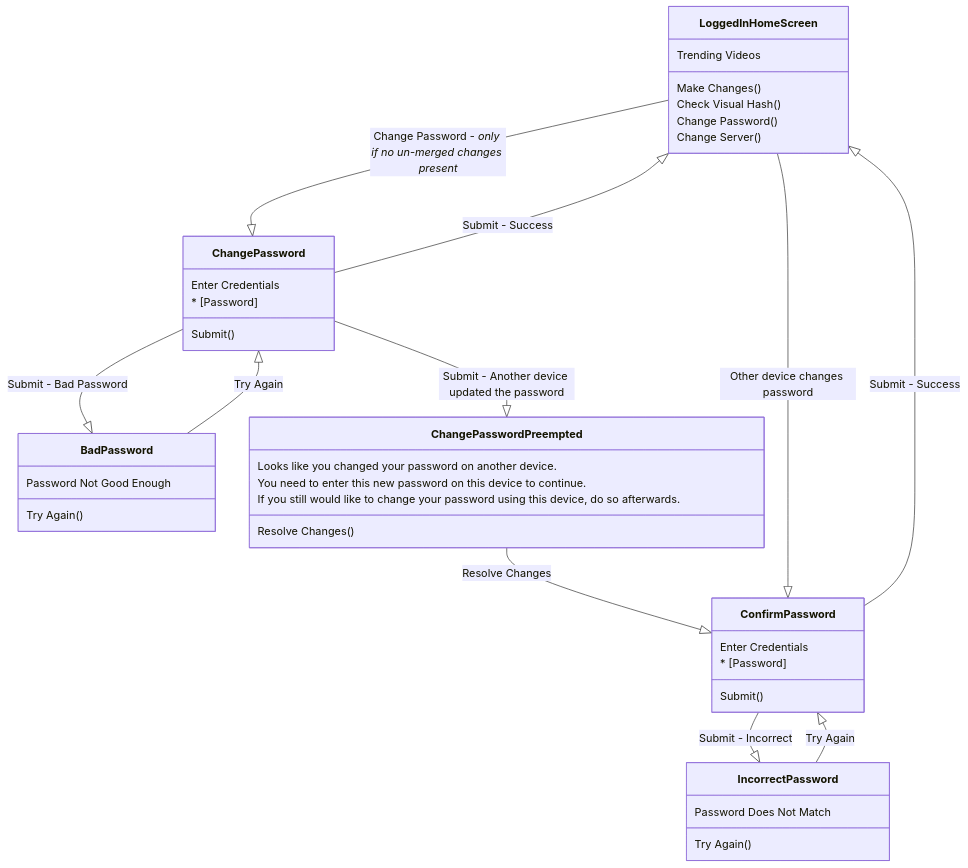
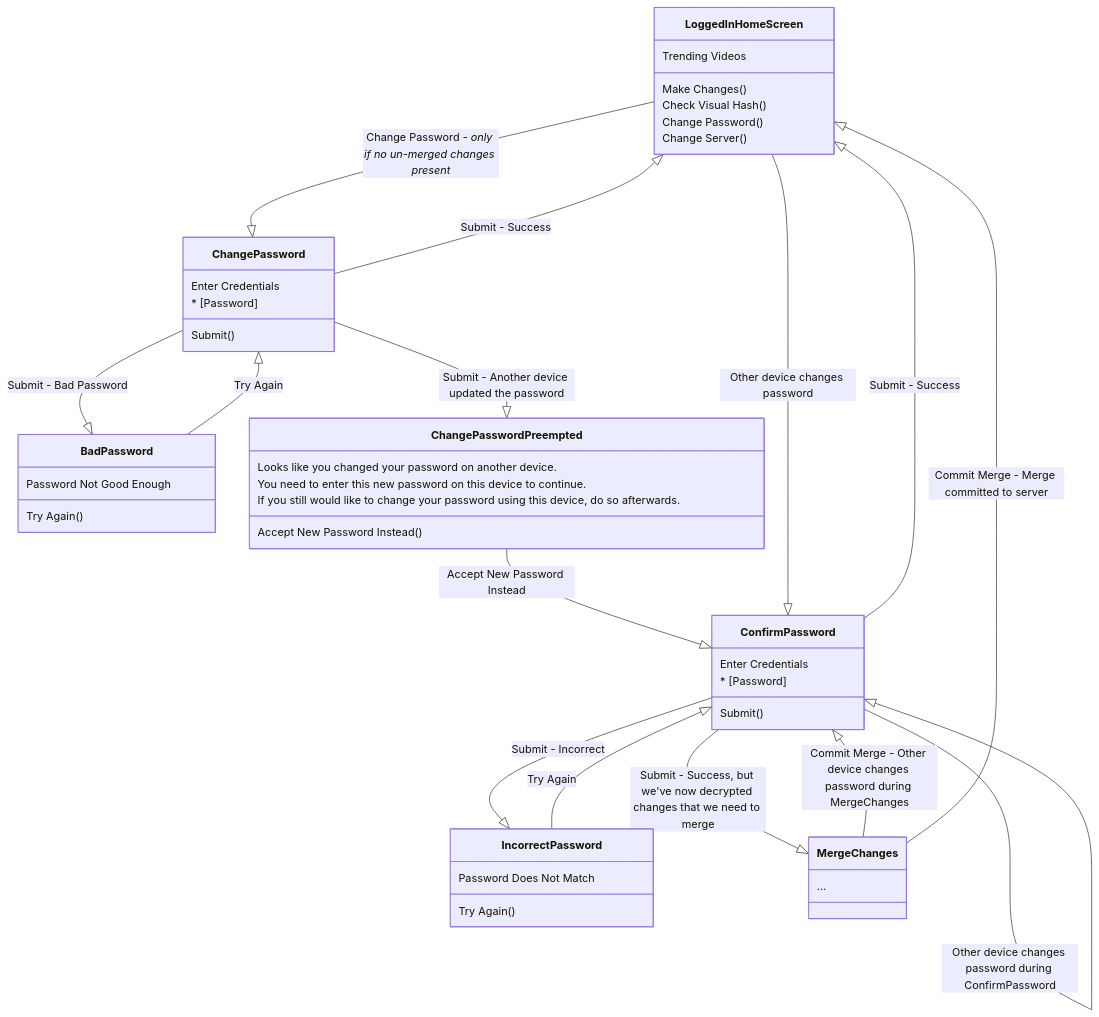
The fifth of 6 diagrams in spec/user-flows.md (orblivion/lbry-wallet-sync-draft), drawn with Mermaid before and after one commit. The commit also changed other lines of this file and 6 other files, not shown here.

Commit message:
User Flows - more complicated password change stuff

````diff
--- a/spec/user-flows.md
+++ b/spec/user-flows.md
@@ -192,41 +204,48 @@
 ```mermaid
 classDiagram
 
 LoggedInHomeScreen --|> ChangePassword : Change Password - *only if no un-merged changes present*
 ChangePassword --|> BadPassword : Submit - Bad Password
 ChangePassword --|> ChangePasswordPreempted : Submit - Another device updated the password
-ChangePasswordPreempted --|> ConfirmPassword : Resolve Changes
+ChangePasswordPreempted --|> ConfirmPassword : Accept New Password Instead
 ChangePassword --|> LoggedInHomeScreen : Submit - Success
 BadPassword --|> ChangePassword : Try Again
 
 LoggedInHomeScreen --|> ConfirmPassword : Other device changes password
+ConfirmPassword --|> ConfirmPassword : Other device changes password during ConfirmPassword
 ConfirmPassword --|> IncorrectPassword : Submit - Incorrect
 ConfirmPassword --|> LoggedInHomeScreen : Submit - Success
+ConfirmPassword --|> MergeChanges : Submit - Success, but we've now decrypted changes that we need to merge
 IncorrectPassword --|> ConfirmPassword : Try Again
+
+MergeChanges --|> ConfirmPassword : Commit Merge - Other device changes password during MergeChanges
+MergeChanges --|> LoggedInHomeScreen : Commit Merge - Merge committed to server
+
+MergeChanges : ...
 
 LoggedInHomeScreen : Trending Videos
 LoggedInHomeScreen : Make Changes()
 LoggedInHomeScreen : Check Visual Hash()
 LoggedInHomeScreen : Change Password()
 LoggedInHomeScreen : Change Server()
 
 ChangePassword : Enter Credentials
 ChangePassword : * [Password]
 ChangePassword : Submit()
 
 BadPassword : Password Not Good Enough
 BadPassword : Try Again()
 
 ChangePasswordPreempted : Looks like you changed your password on another device.
 ChangePasswordPreempted : You need to enter this new password on this device to continue.
 ChangePasswordPreempted : If you still would like to change your password using this device, do so afterwards.
-ChangePasswordPreempted : Resolve Changes()
+ChangePasswordPreempted : Accept New Password Instead()
 
 ConfirmPassword : Enter Credentials
 ConfirmPassword : * [Password]
 ConfirmPassword : Submit()
 
 IncorrectPassword : Password Does Not Match
 IncorrectPassword : Try Again()
 
 ```
````
